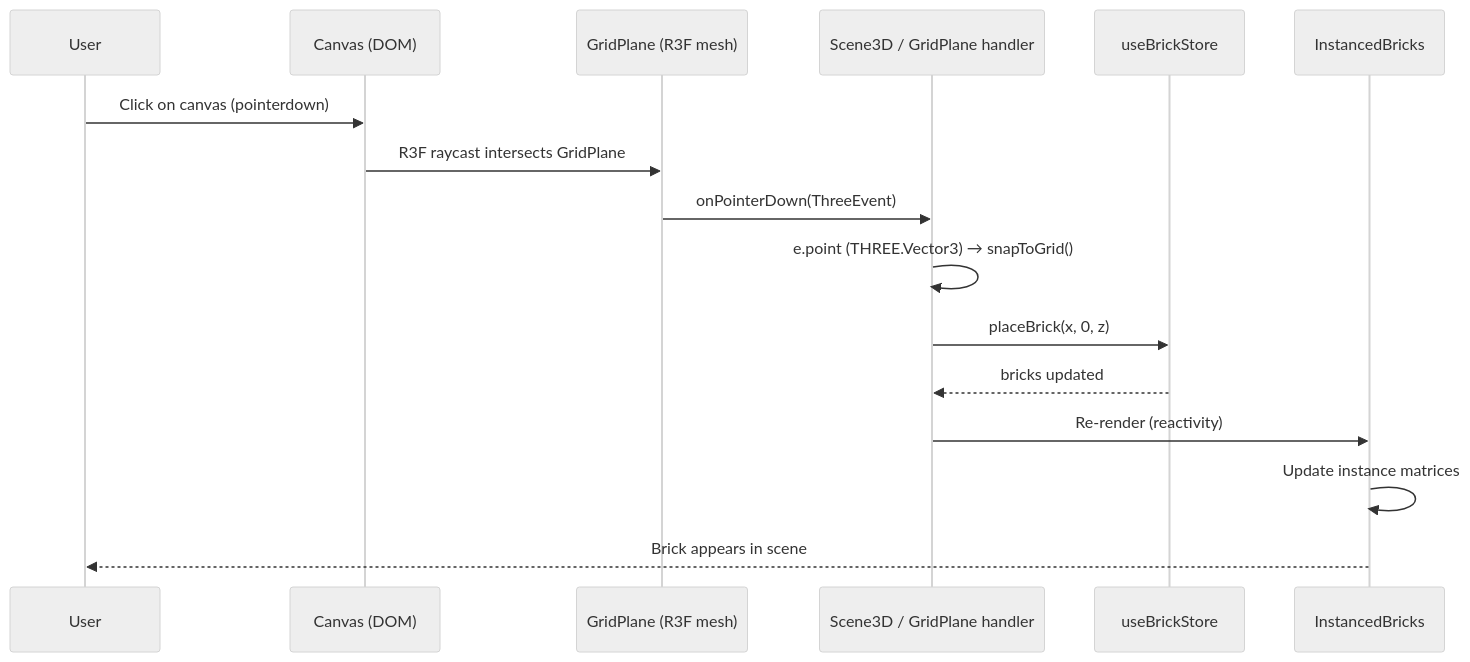
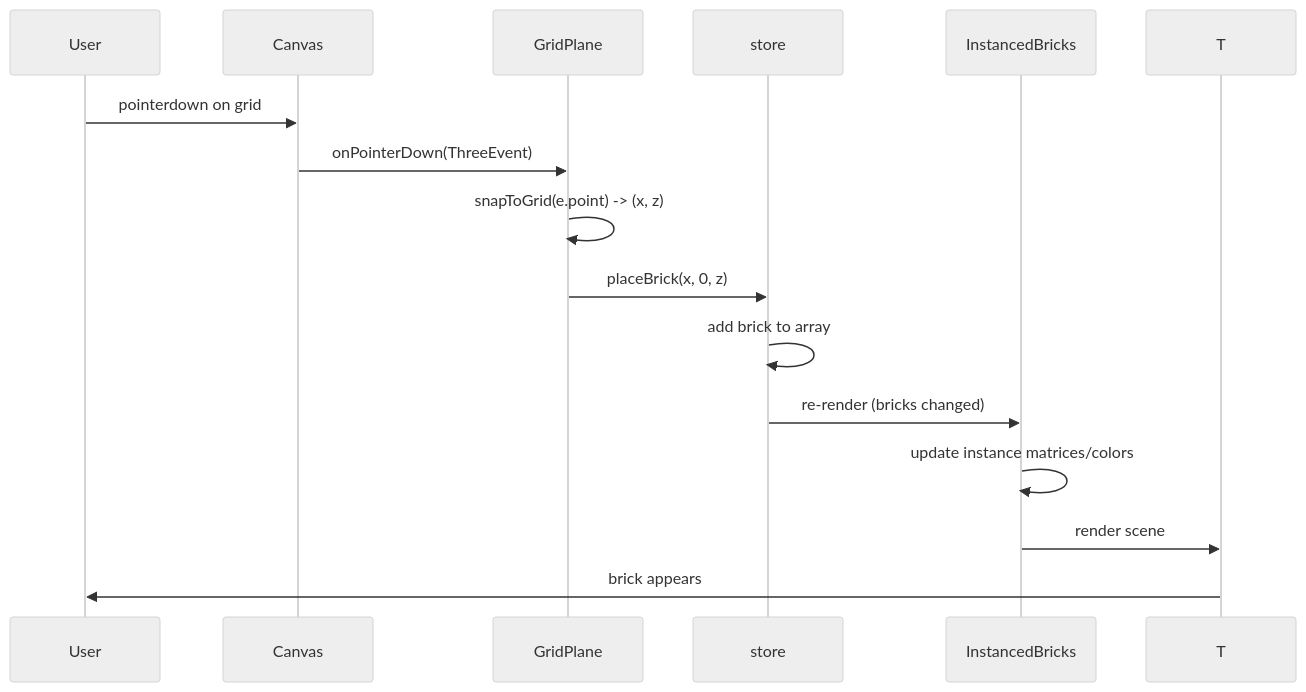
The third of 4 diagrams in docs/features/FR-SCENE-001/LOW_LEVEL_DESIGN.md (sreenivasmrpivot/legobuilder-challenger-config1), drawn with Mermaid (neutral theme) before and after one commit. The commit also changed other lines of this file, not shown here.

Commit message:
docs: LLD for FR-SCENE-001 — 3D Scene Rendering with R3F Canvas, Lighting & OrbitControls

````diff
--- a/docs/features/FR-SCENE-001/LOW_LEVEL_DESIGN.md
+++ b/docs/features/FR-SCENE-001/LOW_LEVEL_DESIGN.md
@@ -208,19 +145,17 @@
 ```mermaid
 sequenceDiagram
     participant U as User
-    participant C as Canvas (DOM)
-    participant GP as GridPlane (R3F mesh)
-    participant S as Scene3D / GridPlane handler
-    participant Store as useBrickStore
+    participant C as Canvas
+    participant GP as GridPlane
+    participant S as store
     participant IB as InstancedBricks
-
-    U->>C: Click on canvas (pointerdown)
-    C->>GP: R3F raycast intersects GridPlane
-    GP->>S: onPointerDown(ThreeEvent)
-    S->>S: e.point (THREE.Vector3) → snapToGrid()
-    S->>Store: placeBrick(x, 0, z)
-    Store-->>S: bricks updated
-    S->>IB: Re-render (reactivity)
-    IB->>IB: Update instance matrices
-    IB-->>U: Brick appears in scene
+    U->>C: pointerdown on grid
+    C->>GP: onPointerDown(ThreeEvent)
+    GP->>GP: snapToGrid(e.point) -> (x, z)
+    GP->>S: placeBrick(x, 0, z)
+    S->>S: add brick to array
+    S->>IB: re-render (bricks changed)
+    IB->>IB: update instance matrices/colors
+    IB->>T: render scene
+    T->>U: brick appears
 ```
````
